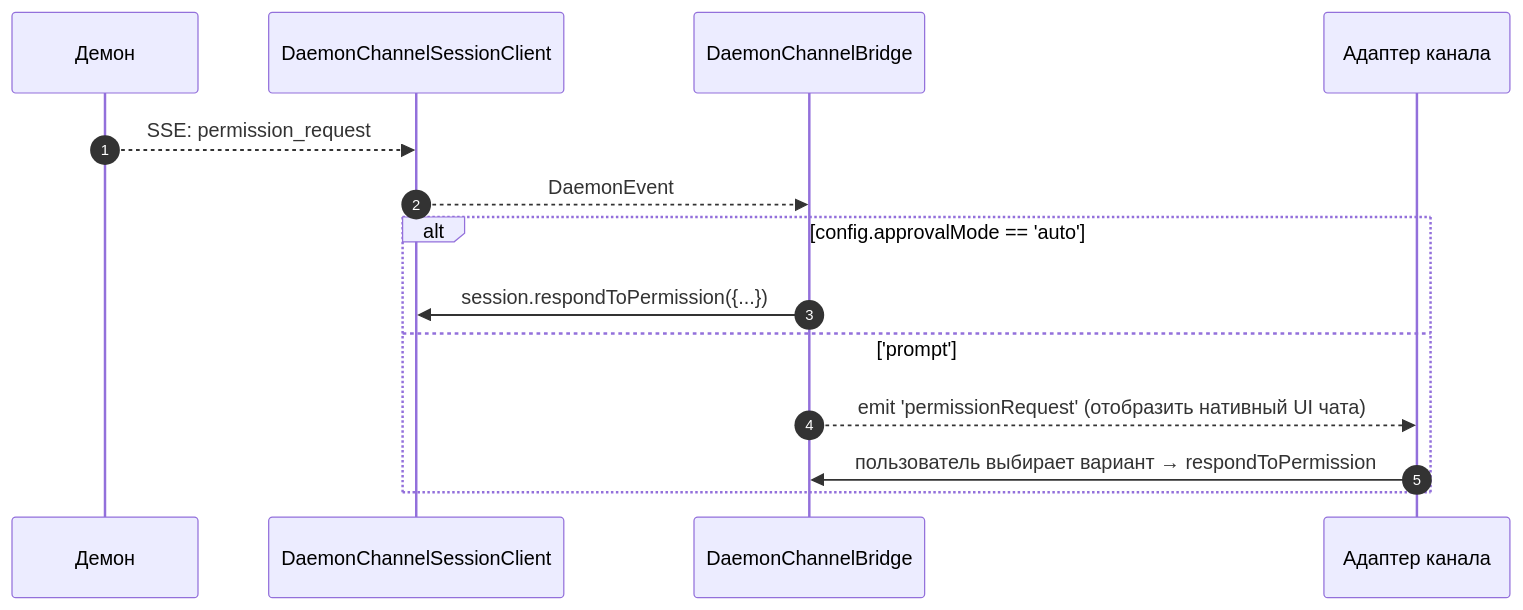
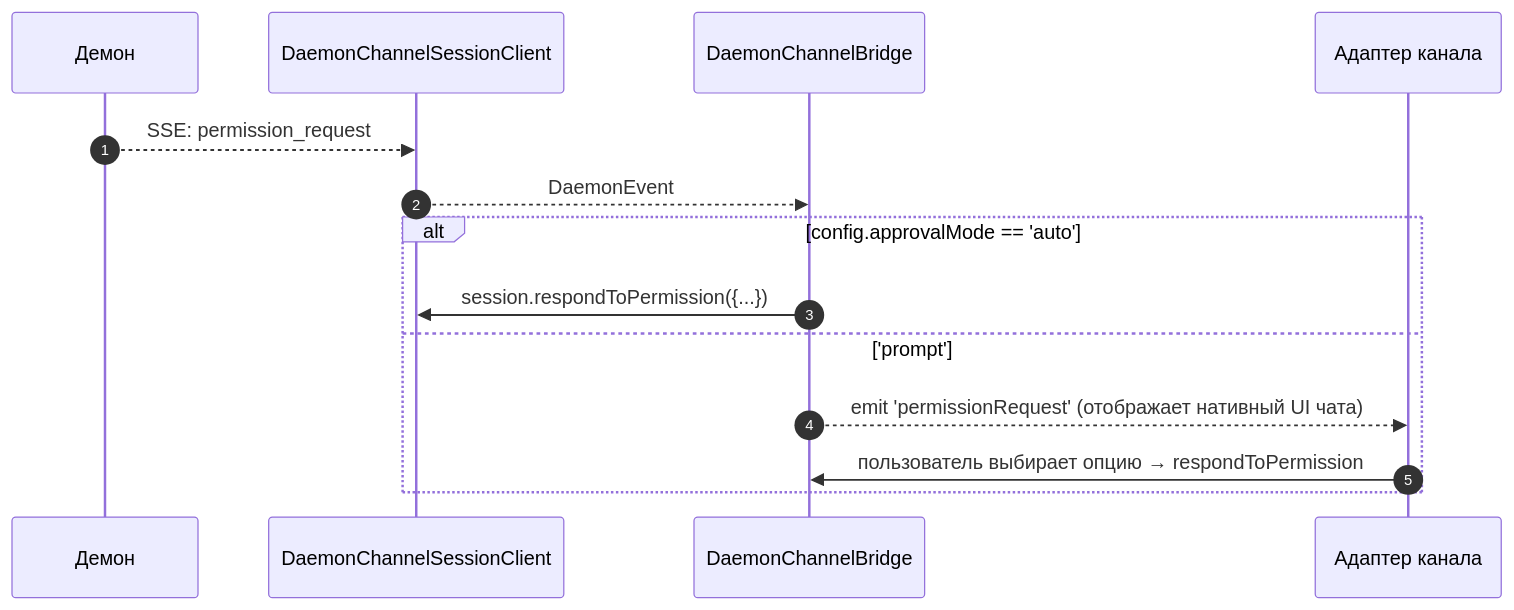
One commit to QwenLM/qwen-code-docs changed the third of 3 diagrams in website/content/ru/developers/daemon/15-channel-adapters.md. Above: the diagram before and after it, drawn with Mermaid. The commit also changed other lines of this file and 128 other files, not shown here.

````diff
--- a/website/content/ru/developers/daemon/15-channel-adapters.md
+++ b/website/content/ru/developers/daemon/15-channel-adapters.md
@@ -135,17 +140,17 @@
 ```mermaid
 sequenceDiagram
     autonumber
     participant D as Демон
     participant SC as DaemonChannelSessionClient
     participant BR as DaemonChannelBridge
     participant AD as Адаптер канала
 
     D-->>SC: SSE: permission_request
     SC-->>BR: DaemonEvent
     alt config.approvalMode == 'auto'
         BR->>SC: session.respondToPermission({...})
     else 'prompt'
-        BR-->>AD: emit 'permissionRequest' (отобразить нативный UI чата)
-        AD->>BR: пользователь выбирает вариант → respondToPermission
+        BR-->>AD: emit 'permissionRequest' (отображает нативный UI чата)
+        AD->>BR: пользователь выбирает опцию → respondToPermission
     end
 ```
````
